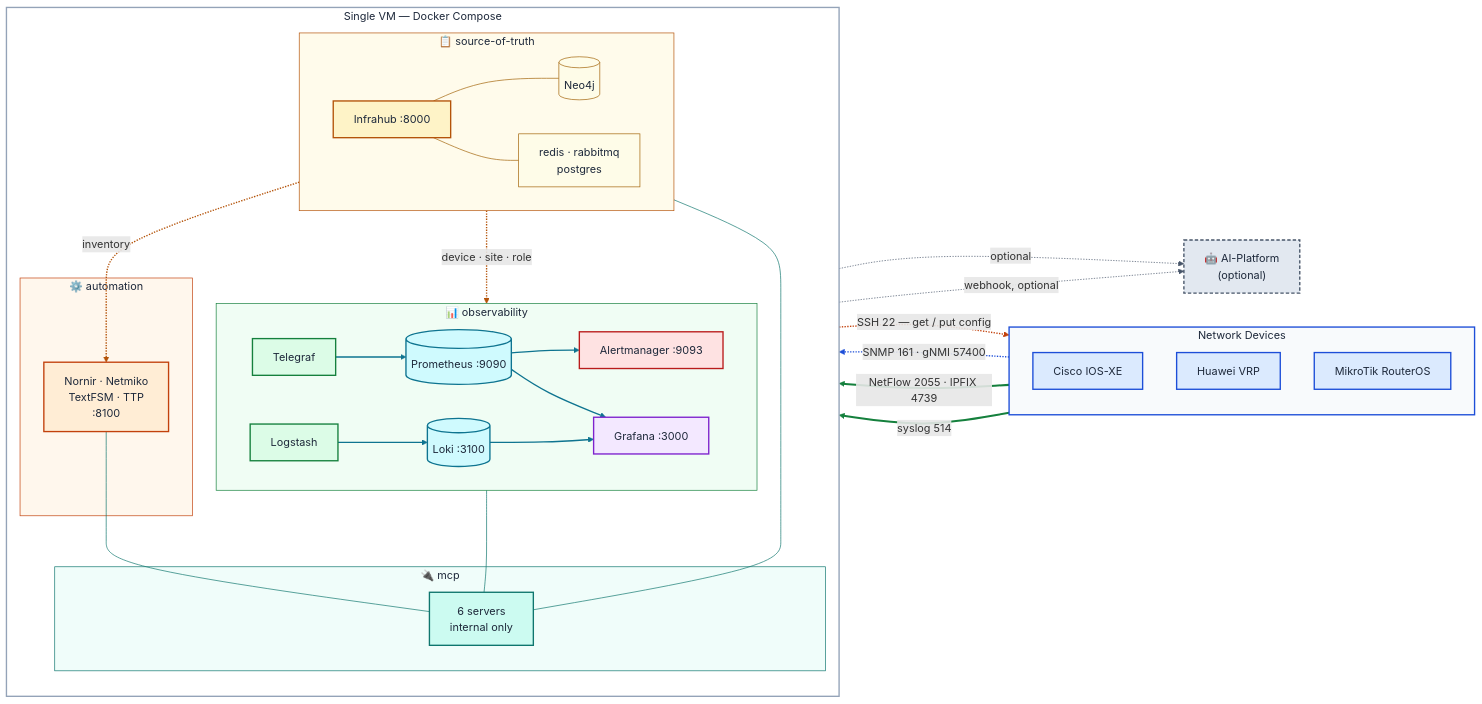
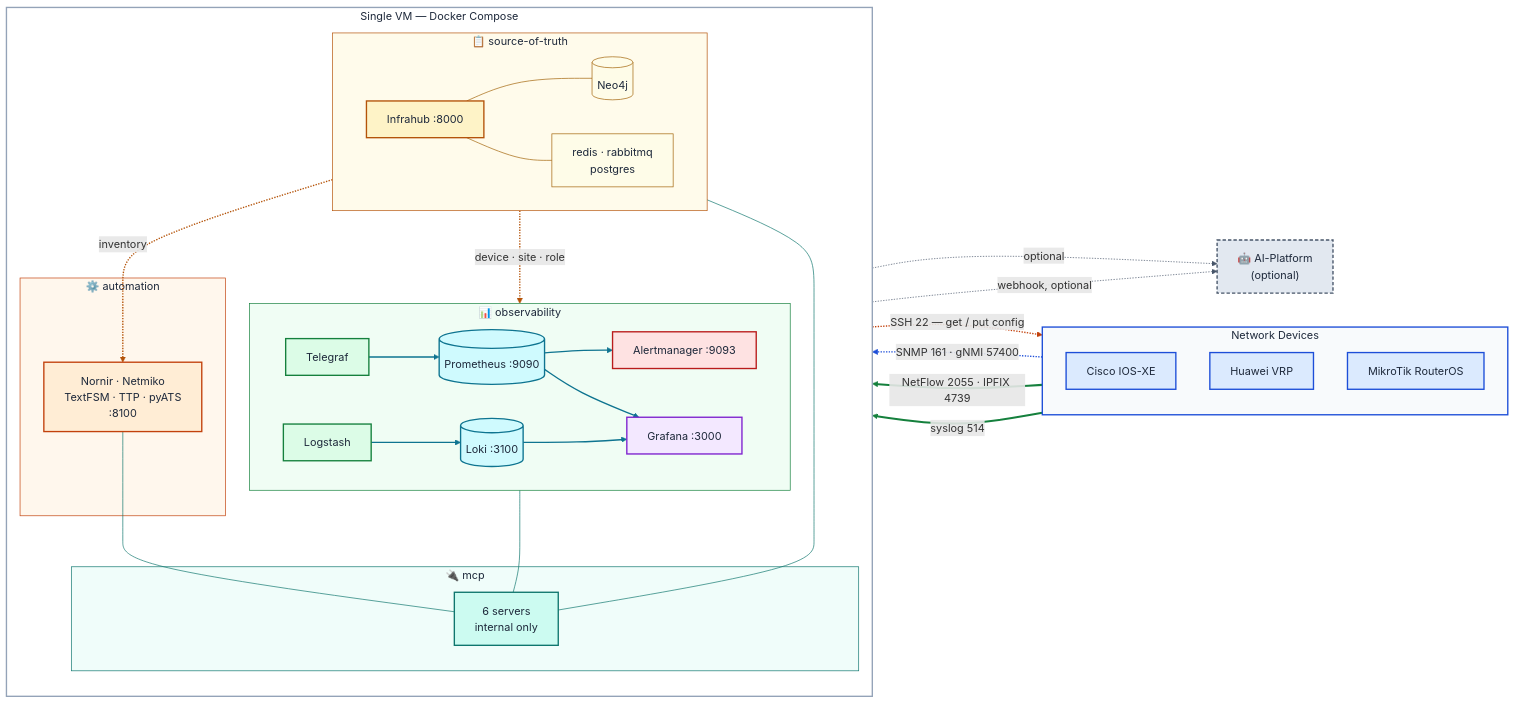
Before and after one commit to darqcube/DARQCUBE-AGENTICOPS-STACK: the first of 2 diagrams in docs/architecture.md, drawn with Mermaid. The commit also changed other lines of this file and 28 other files, not shown here.

First line of the commit message:
Restore pyATS for assurance, additive to TextFSM

```diff
--- a/docs/architecture.md
+++ b/docs/architecture.md
@@ -33,7 +33,7 @@
       GF["Grafana :3000"]
     end
     subgraph AUT["⚙️ automation"]
-      AU["Nornir · Netmiko<br/>TextFSM · TTP<br/>:8100"]
+      AU["Nornir · Netmiko<br/>TextFSM · TTP · pyATS<br/>:8100"]
     end
     subgraph MCPG["🔌 mcp"]
       MS["6 servers<br/>internal only"]
```
